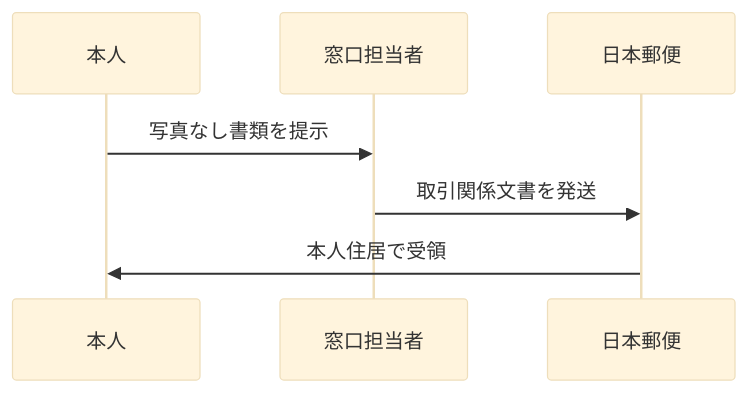
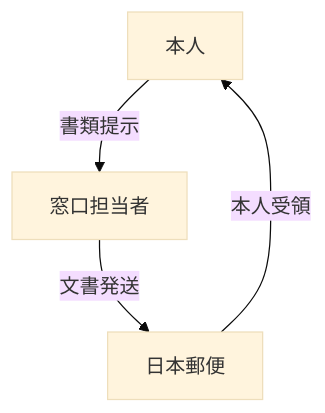
The second of 20 diagrams in hanshuho.md (CiderH2CO3/study-hanshuho), drawn with Mermaid (base theme) before and after one commit. The commit also changed other lines of this file and 2 other files, not shown here.

````diff
--- a/hanshuho.md
+++ b/hanshuho.md
@@ -153,9 +139,10 @@
 ```mermaid
-sequenceDiagram
-    participant User as 本人
-    participant Staff as 窓口担当者
-    participant Post as 日本郵便
-    User->>Staff: 写真なし書類を提示
-    Staff->>Post: 取引関係文書を発送
-    Post->>User: 本人住居で受領
+graph TD
+    User["本人"]
+    Staff["窓口担当者"]
+    Post["日本郵便"]
+
+    User -->|"書類提示"| Staff
+    Staff -->|"文書発送"| Post
+    Post -->|"本人受領"| User
 ```
````
